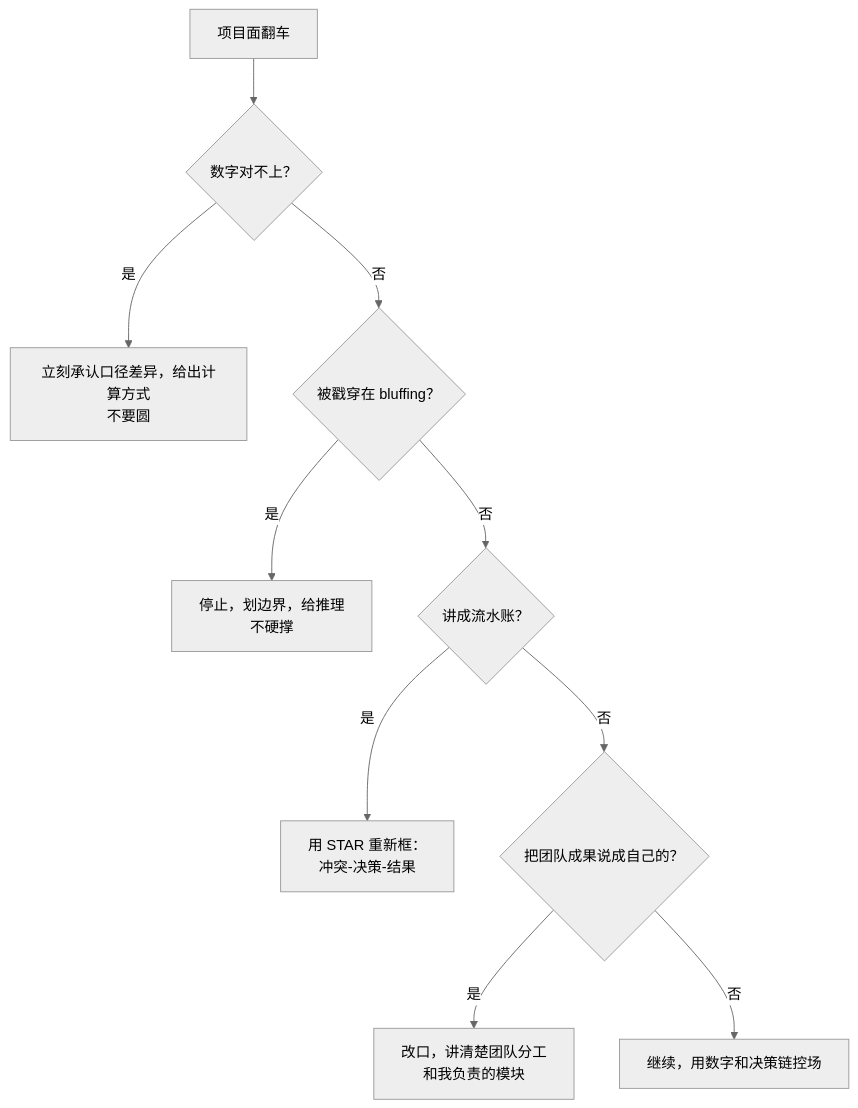
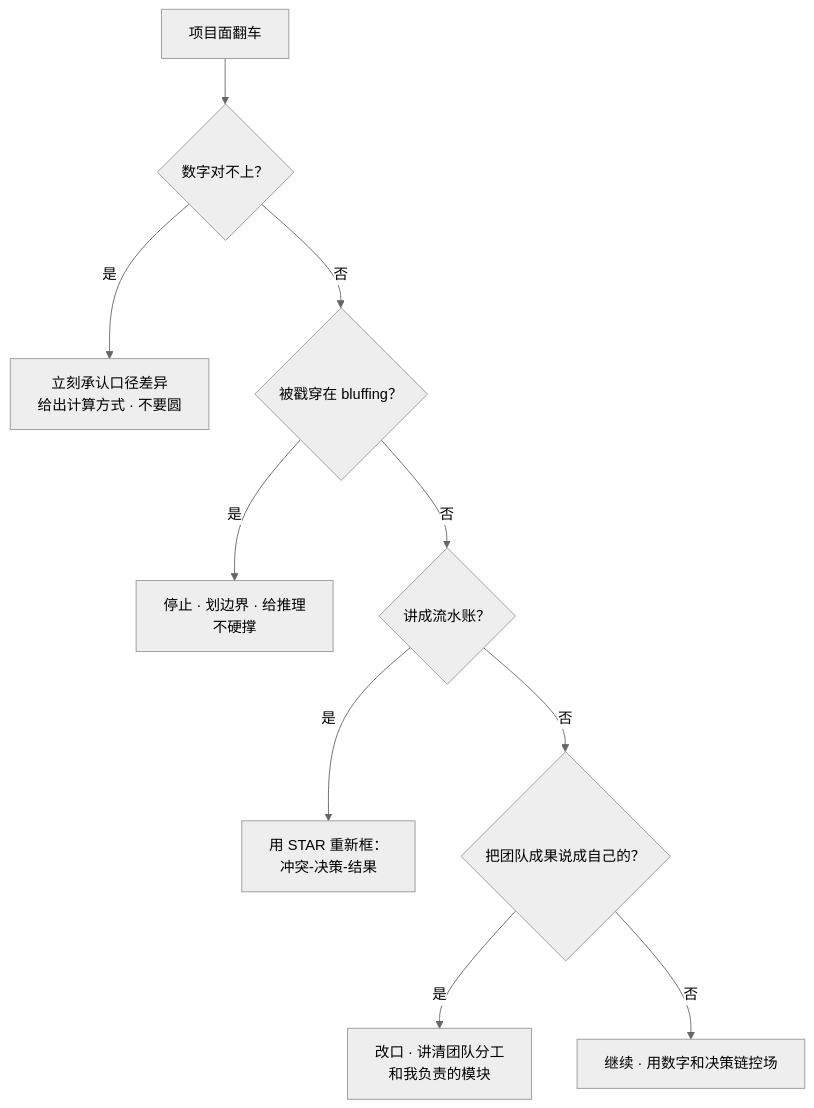
The second of 2 diagrams in 10-面试综合与系统设计/01-STAR项目话术/知识点.md (ml-cuizijun/LearnToLilith), drawn with Mermaid (neutral theme) before and after one commit. The commit also changed other lines of this file and 178 other files, not shown here.

````diff
--- a/10-面试综合与系统设计/01-STAR项目话术/知识点.md
+++ b/10-面试综合与系统设计/01-STAR项目话术/知识点.md
@@ -433,12 +368,12 @@
 ```mermaid
 flowchart TD
     A["项目面翻车"] --> B{"数字对不上？"}
-    B -->|是| C["立刻承认口径差异，给出计算方式<br/>不要圆"]
+    B -->|是| C["立刻承认口径差异<br/>给出计算方式 · 不要圆"]
     B -->|否| D{"被戳穿在 bluffing？"}
-    D -->|是| E["停止，划边界，给推理<br/>不硬撑"]
+    D -->|是| E["停止 · 划边界 · 给推理<br/>不硬撑"]
     D -->|否| F{"讲成流水账？"}
     F -->|是| G["用 STAR 重新框：<br/>冲突-决策-结果"]
     F -->|否| H{"把团队成果说成自己的？"}
-    H -->|是| I["改口，讲清楚团队分工<br/>和我负责的模块"]
-    H -->|否| J["继续，用数字和决策链控场"]
+    H -->|是| I["改口 · 讲清团队分工<br/>和我负责的模块"]
+    H -->|否| J["继续 · 用数字和决策链控场"]
 ```
````
